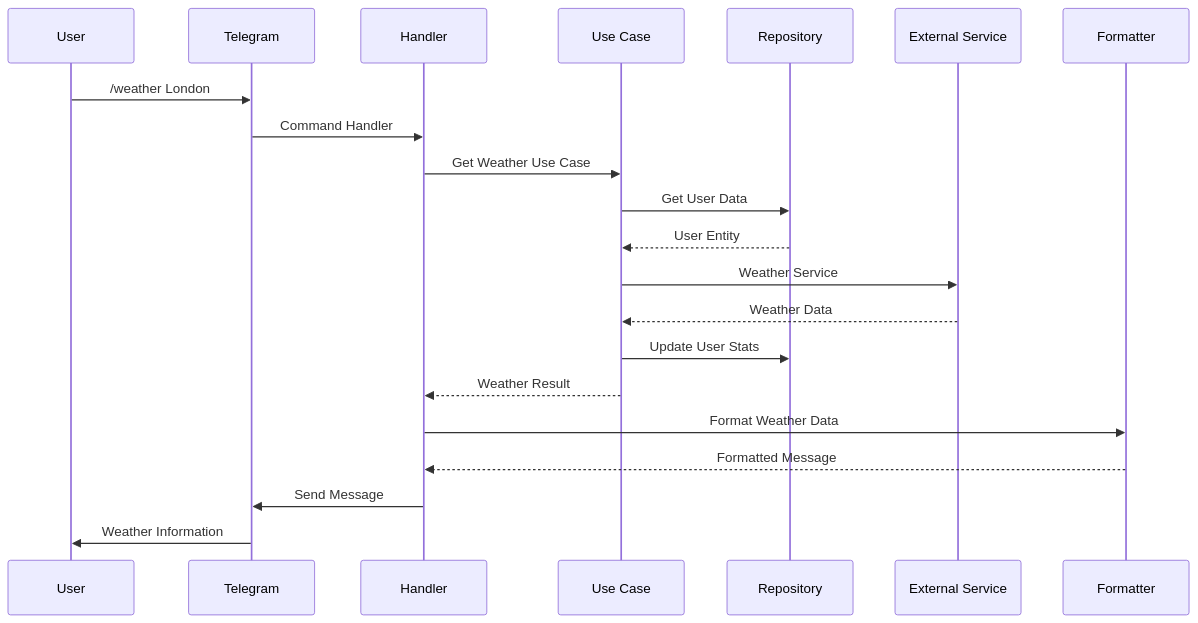
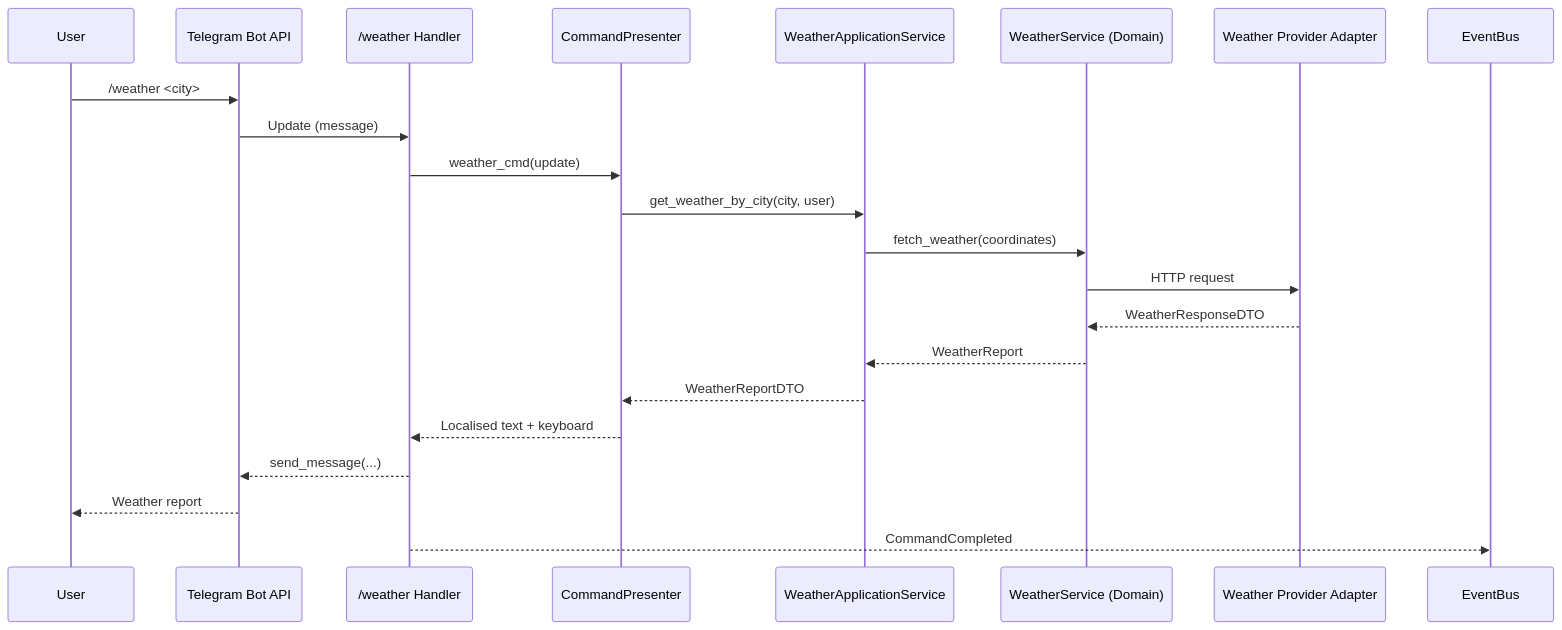
One commit to frushanto/telegram-weather-bot-pub changed the fourth of 6 diagrams in ARCHITECTURE.md. Above: the diagram before and after it, drawn with Mermaid. The commit also changed other lines of this file and 89 other files, not shown here.

````diff
--- a/ARCHITECTURE.md
+++ b/ARCHITECTURE.md
@@ -185,24 +399,24 @@
 ```mermaid
 sequenceDiagram
-    participant U as User
-    participant TG as Telegram
-    participant H as Handler
-    participant UC as Use Case
-    participant R as Repository
-    participant ES as External Service
-    participant F as Formatter
-    
-    U->>TG: /weather London
-    TG->>H: Command Handler
-    H->>UC: Get Weather Use Case
-    UC->>R: Get User Data
-    R-->>UC: User Entity
-    UC->>ES: Weather Service
-    ES-->>UC: Weather Data
-    UC->>R: Update User Stats
-    UC-->>H: Weather Result
-    H->>F: Format Weather Data
-    F-->>H: Formatted Message
-    H->>TG: Send Message
-    TG->>U: Weather Information
+    participant User as User
+    participant Telegram as Telegram Bot API
+    participant Handler as /weather Handler
+    participant Presenter as CommandPresenter
+    participant AppSvc as WeatherApplicationService
+    participant Domain as WeatherService (Domain)
+    participant Infra as Weather Provider Adapter
+
+    User->>Telegram: /weather <city>
+    Telegram->>Handler: Update (message)
+    Handler->>Presenter: weather_cmd(update)
+    Presenter->>AppSvc: get_weather_by_city(city, user)
+    AppSvc->>Domain: fetch_weather(coordinates)
+    Domain->>Infra: HTTP request
+    Infra-->>Domain: WeatherResponseDTO
+    Domain-->>AppSvc: WeatherReport
+    AppSvc-->>Presenter: WeatherReportDTO
+    Presenter-->>Handler: Localised text + keyboard
+    Handler-->>Telegram: send_message(...)
+    Telegram-->>User: Weather report
+    Handler-->>EventBus: CommandCompleted
 ```
````
